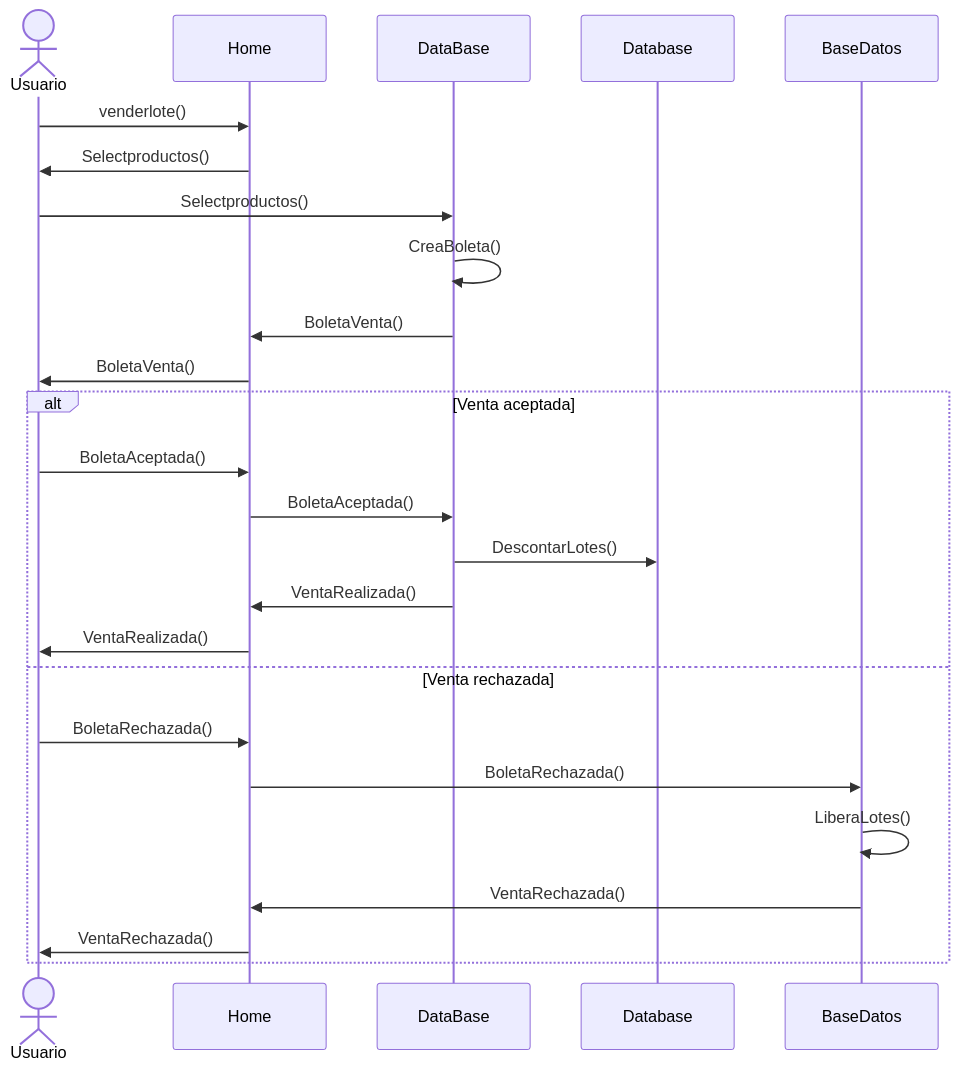
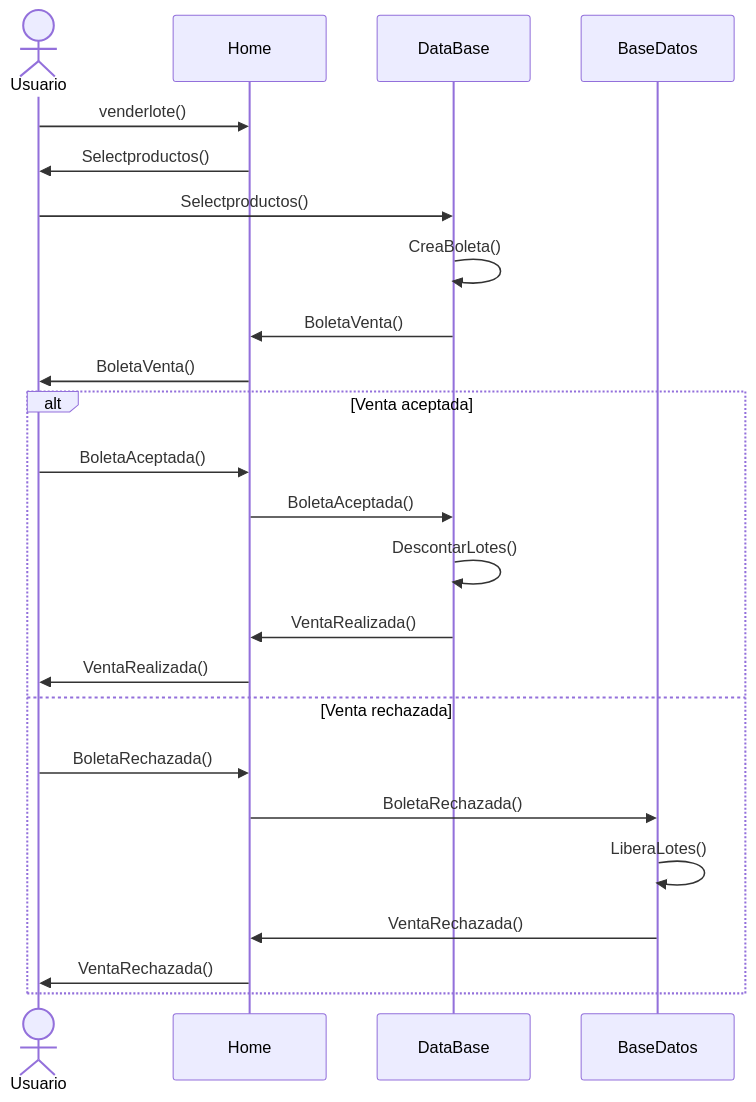
The sixth of 6 diagrams in README.md (CokkeDev/Mi-Negocio), drawn with Mermaid before and after one commit.

Commit message:
add diagram secuence User Sells multiple lots
The diagram explain how sells lots in the app

````diff
--- a/README.md
+++ b/README.md
@@ -226,27 +226,27 @@
 ```mermaid
 sequenceDiagram
     actor Usuario
     participant Home
     participant DataBase
     Usuario->>Home: venderlote();
     Home->>Usuario: Selectproductos();
     Usuario->>DataBase: Selectproductos();
     DataBase->>DataBase: CreaBoleta();
     DataBase->>Home: BoletaVenta();
     Home->>Usuario: BoletaVenta();
 
     alt Venta aceptada
         Usuario->>Home: BoletaAceptada();
         Home->>DataBase: BoletaAceptada();
-        DataBase->>Database: DescontarLotes();
+        DataBase->>DataBase: DescontarLotes();
         DataBase->>Home: VentaRealizada();
         Home->>Usuario: VentaRealizada();
 
     else Venta rechazada
         Usuario->>Home: BoletaRechazada();
         Home->>BaseDatos: BoletaRechazada();
         BaseDatos->>BaseDatos: LiberaLotes();
         BaseDatos->>Home: VentaRechazada();
         Home->>Usuario: VentaRechazada();
     end
 ```
````
